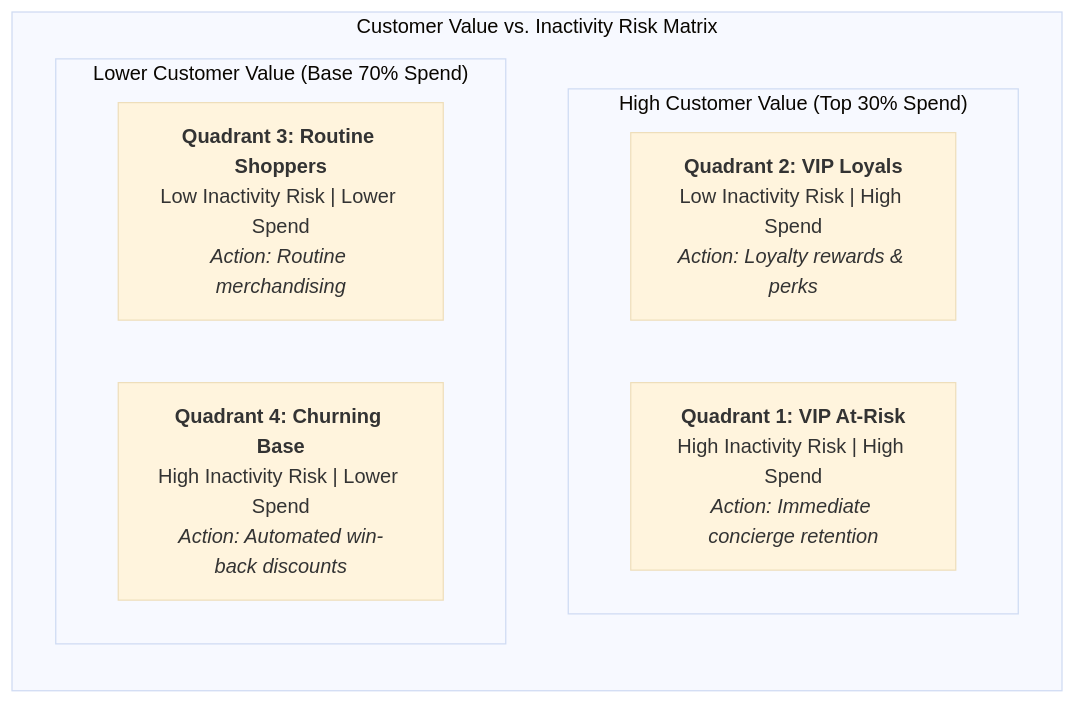
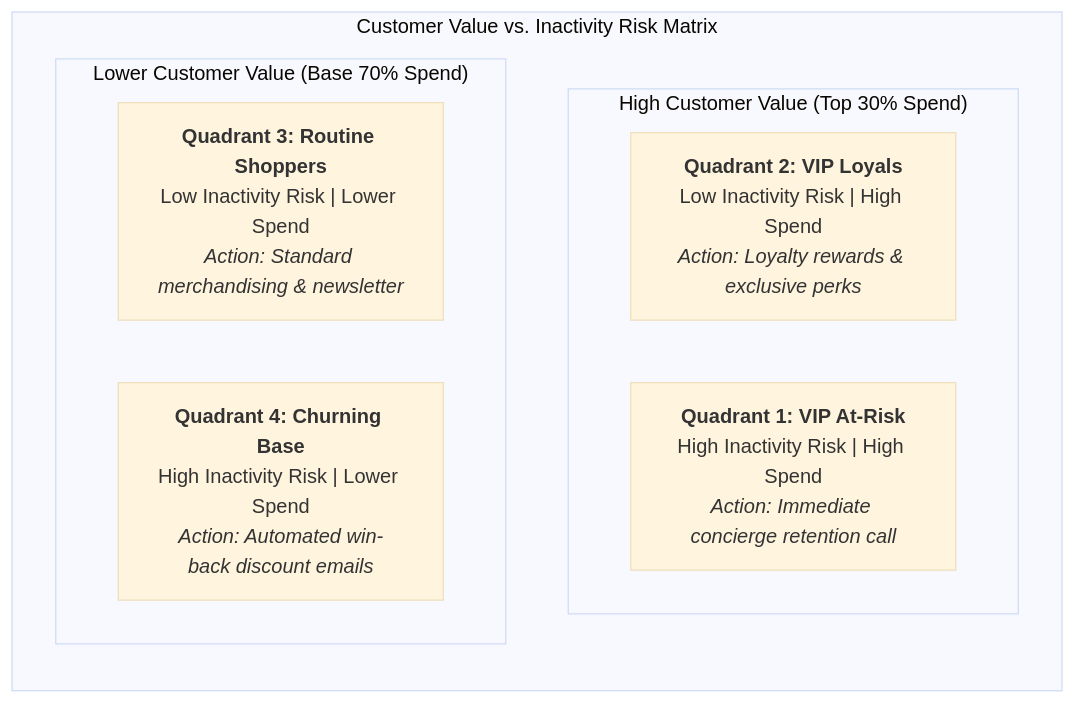
Before and after one commit to Velprakash0611/RetailIQ-Business-Customer-Intelligence-Platform: the third of 3 diagrams in README.md, drawn with Mermaid (base theme). The commit also changed other lines of this file and 2 other files, not shown here.

````diff
--- a/README.md
+++ b/README.md
@@ -90,16 +104,16 @@
 ```mermaid
 flowchart TD
     subgraph MATRIX["Customer Value vs. Inactivity Risk Matrix"]
         direction TB
         subgraph TOP_ROW["High Customer Value (Top 30% Spend)"]
             direction LR
-            Q2["<b>Quadrant 2: VIP Loyals</b><br/>Low Inactivity Risk | High Spend<br/><i>Action: Loyalty rewards & perks</i>"]
-            Q1["<b>Quadrant 1: VIP At-Risk</b><br/>High Inactivity Risk | High Spend<br/><i>Action: Immediate concierge retention</i>"]
+            Q2["<b>Quadrant 2: VIP Loyals</b><br/>Low Inactivity Risk | High Spend<br/><i>Action: Loyalty rewards & exclusive perks</i>"]
+            Q1["<b>Quadrant 1: VIP At-Risk</b><br/>High Inactivity Risk | High Spend<br/><i>Action: Immediate concierge retention call</i>"]
         end
         subgraph BOTTOM_ROW["Lower Customer Value (Base 70% Spend)"]
             direction LR
-            Q3["<b>Quadrant 3: Routine Shoppers</b><br/>Low Inactivity Risk | Lower Spend<br/><i>Action: Routine merchandising</i>"]
-            Q4["<b>Quadrant 4: Churning Base</b><br/>High Inactivity Risk | Lower Spend<br/><i>Action: Automated win-back discounts</i>"]
+            Q3["<b>Quadrant 3: Routine Shoppers</b><br/>Low Inactivity Risk | Lower Spend<br/><i>Action: Standard merchandising & newsletter</i>"]
+            Q4["<b>Quadrant 4: Churning Base</b><br/>High Inactivity Risk | Lower Spend<br/><i>Action: Automated win-back discount emails</i>"]
         end
     end
 ```
````
